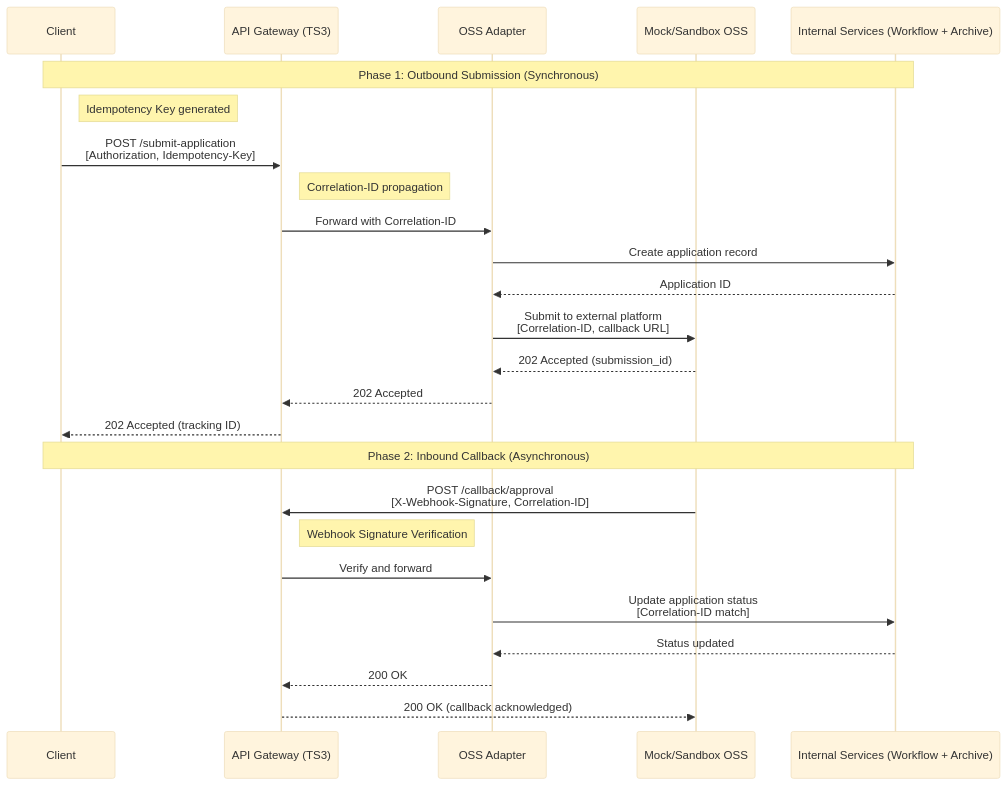
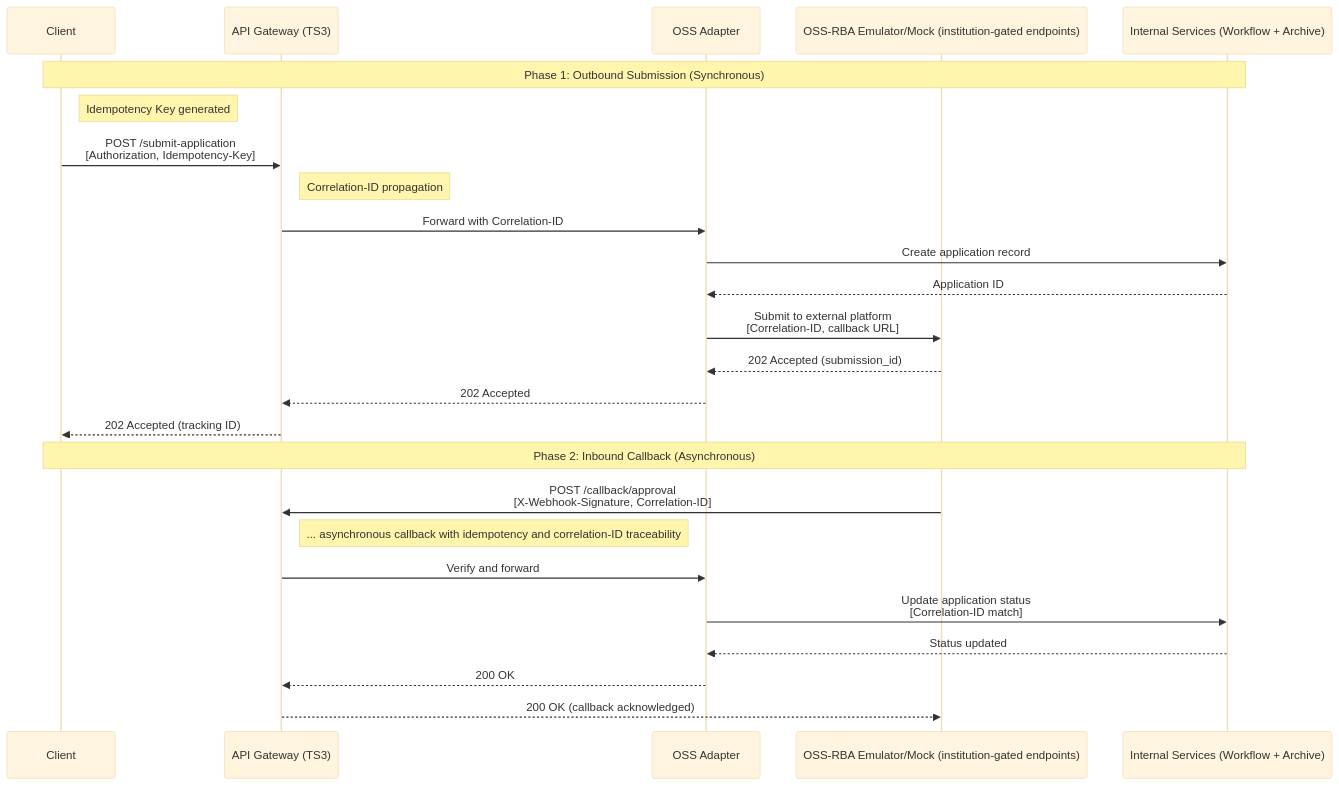
Before and after one commit to jonasbanurea/Elicensing-Platform-Microservices: the first of 2 diagrams in interoperability-test-results-2025-12-22.md, drawn with Mermaid (base theme). The commit also changed other lines of this file, not shown here.

````diff
--- a/interoperability-test-results-2025-12-22.md
+++ b/interoperability-test-results-2025-12-22.md
@@ -58,31 +58,31 @@
 ```mermaid
 sequenceDiagram
     participant Client
     participant Gateway as API Gateway (TS3)
     participant Adapter as OSS Adapter
-    participant OSS as Mock/Sandbox OSS
+    participant OSS as OSS-RBA Emulator/Mock (institution-gated endpoints)
     participant Internal as Internal Services (Workflow + Archive)
     
     Note over Client,Internal: Phase 1: Outbound Submission (Synchronous)
     
     Note right of Client: Idempotency Key generated
     Client->>Gateway: POST /submit-application<br/>[Authorization, Idempotency-Key]
     Note right of Gateway: Correlation-ID propagation
     Gateway->>Adapter: Forward with Correlation-ID
     Adapter->>Internal: Create application record
     Internal-->>Adapter: Application ID
     Adapter->>OSS: Submit to external platform<br/>[Correlation-ID, callback URL]
     OSS-->>Adapter: 202 Accepted (submission_id)
     Adapter-->>Gateway: 202 Accepted
     Gateway-->>Client: 202 Accepted (tracking ID)
     
     Note over Client,Internal: Phase 2: Inbound Callback (Asynchronous)
     
     OSS->>Gateway: POST /callback/approval<br/>[X-Webhook-Signature, Correlation-ID]
-    Note right of Gateway: Webhook Signature Verification
+    Note right of Gateway: ... asynchronous callback with idempotency and correlation-ID traceability
     Gateway->>Adapter: Verify and forward
     Adapter->>Internal: Update application status<br/>[Correlation-ID match]
     Internal-->>Adapter: Status updated
     Adapter-->>Gateway: 200 OK
     Gateway-->>OSS: 200 OK (callback acknowledged)
 ```
````
